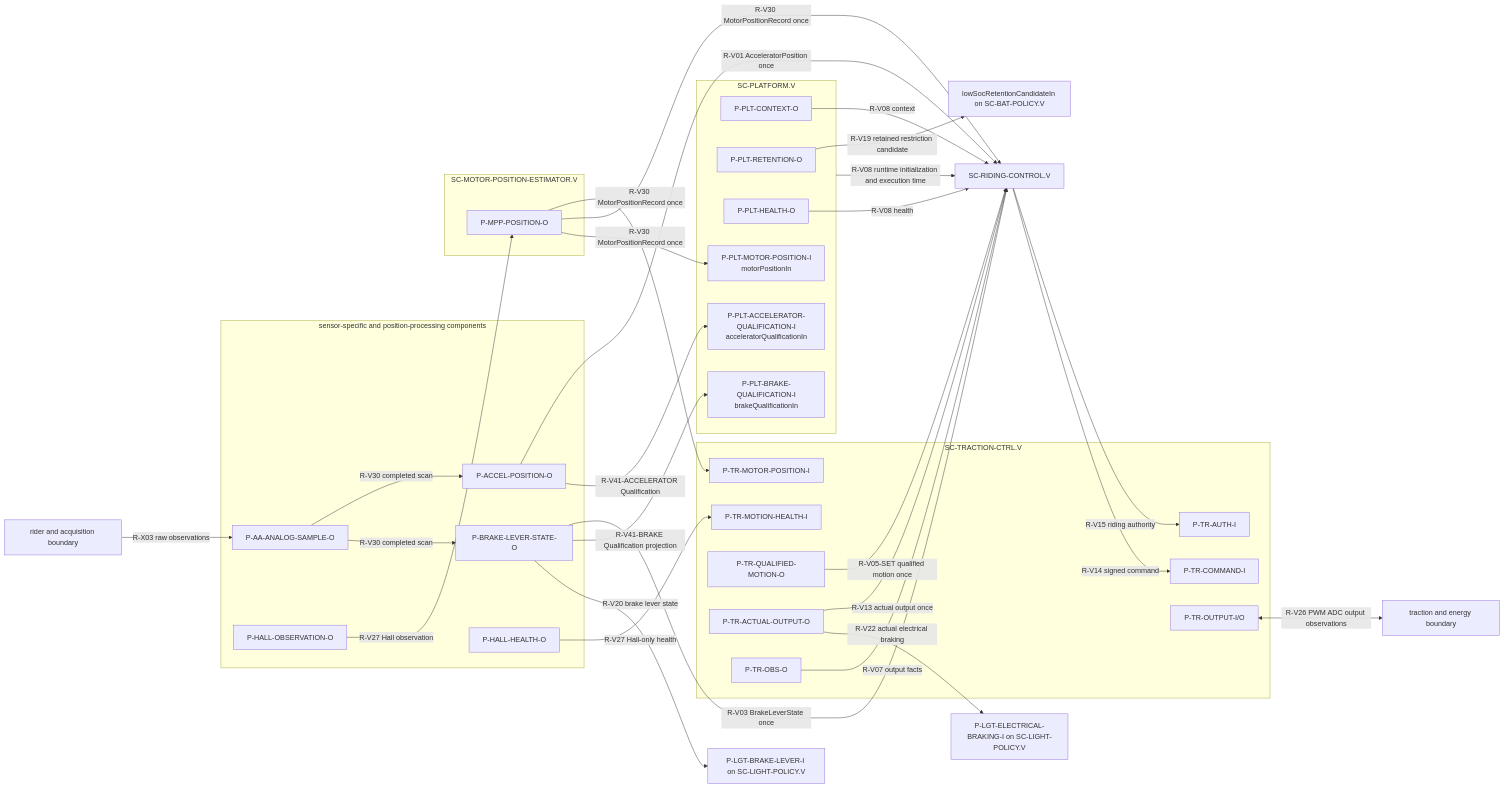
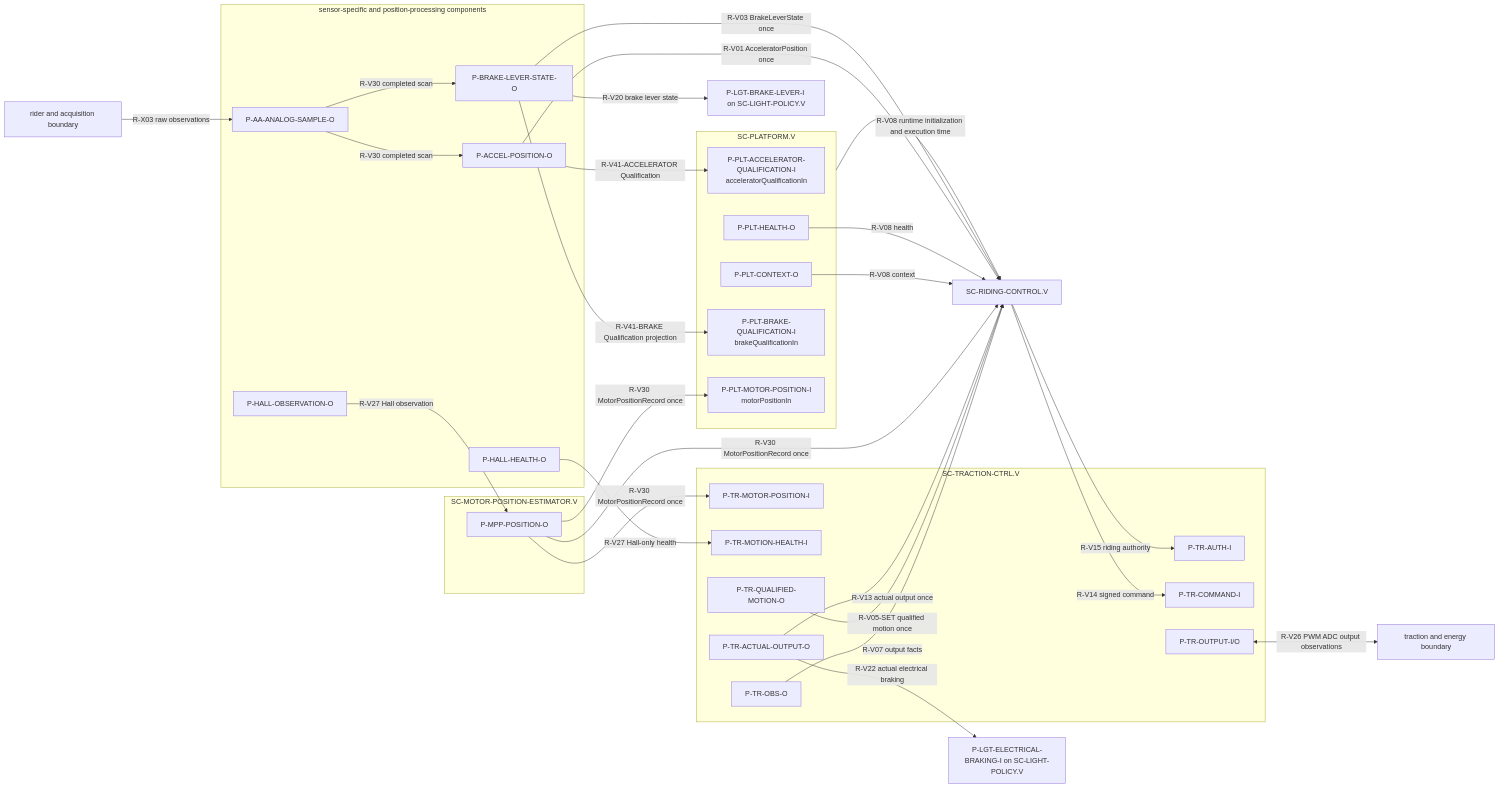
The third of 4 diagrams in .devenv/Architecture/SoftwareArchitecture/ARCH-003_Software_Architecture.md (dhellhake/X2CityMCU), drawn with Mermaid before and after one commit. The commit also changed other lines of this file and 71 other files, not shown here.

````diff
--- a/.devenv/Architecture/SoftwareArchitecture/ARCH-003_Software_Architecture.md
+++ b/.devenv/Architecture/SoftwareArchitecture/ARCH-003_Software_Architecture.md
@@ -289,59 +289,57 @@
 ```mermaid
 flowchart LR
     subgraph SNS[sensor-specific and position-processing components]
         AAO[P-AA-ANALOG-SAMPLE-O]
         APO[P-ACCEL-POSITION-O]
         BSO[P-BRAKE-LEVER-STATE-O]
         HPO[P-HALL-OBSERVATION-O]
         HHO[P-HALL-HEALTH-O]
     end
     subgraph MPP[SC-MOTOR-POSITION-ESTIMATOR.V]
         MPO[P-MPP-POSITION-O]
     end
     RC[SC-RIDING-CONTROL.V]
     subgraph TR[SC-TRACTION-CTRL.V]
         TAI[P-TR-AUTH-I]
         TCI2[P-TR-COMMAND-I]
         THI[P-TR-MOTOR-POSITION-I]
         TMH[P-TR-MOTION-HEALTH-I]
         TIO[P-TR-OUTPUT-I/O]
         TMO[P-TR-QUALIFIED-MOTION-O]
         TAO[P-TR-ACTUAL-OUTPUT-O]
         TOB[P-TR-OBS-O]
     end
     subgraph PLT[SC-PLATFORM.V]
         PCO[P-PLT-CONTEXT-O]
-        PRO[P-PLT-RETENTION-O]
         PHO[P-PLT-HEALTH-O]
         AQI[P-PLT-ACCELERATOR-QUALIFICATION-I
 acceleratorQualificationIn]
         BQI[P-PLT-BRAKE-QUALIFICATION-I
 brakeQualificationIn]
         MPI[P-PLT-MOTOR-POSITION-I
 motorPositionIn]
     end
     RAW[rider and acquisition boundary] -->|R-X03 raw observations| AAO
     AAO -->|R-V30 completed scan| APO
     AAO -->|R-V30 completed scan| BSO
     HPO -->|R-V27 Hall observation| MPO
     MPO -->|R-V30 MotorPositionRecord once| THI
     MPO -->|R-V30 MotorPositionRecord once| RC
     MPO -->|R-V30 MotorPositionRecord once| MPI
     TIO <-->|R-V26 PWM ADC output observations| HW[traction and energy boundary]
     PCO -->|R-V08 context| RC
     PHO -->|R-V08 health| RC
     PLT -->|R-V08 runtime initialization and execution time| RC
-    PRO -->|R-V19 retained restriction candidate| LSRI[lowSocRetentionCandidateIn on SC-BAT-POLICY.V]
     APO -->|R-V01 AcceleratorPosition once| RC
     APO -->|R-V41-ACCELERATOR Qualification| AQI
     BSO -->|R-V03 BrakeLeverState once| RC
     BSO -->|R-V41-BRAKE Qualification projection| BQI
     TOB -->|R-V07 output facts| RC
     HHO -->|R-V27 Hall-only health| TMH
     TMO -->|R-V05-SET qualified motion once| RC
     TAO -->|R-V13 actual output once| RC
     RC -->|R-V15 riding authority| TAI
     RC -->|R-V14 signed command| TCI2
     BSO -->|R-V20 brake lever state| LBI2[P-LGT-BRAKE-LEVER-I on SC-LIGHT-POLICY.V]
     TAO -->|R-V22 actual electrical braking| LEBI2[P-LGT-ELECTRICAL-BRAKING-I on SC-LIGHT-POLICY.V]
 ```
````
